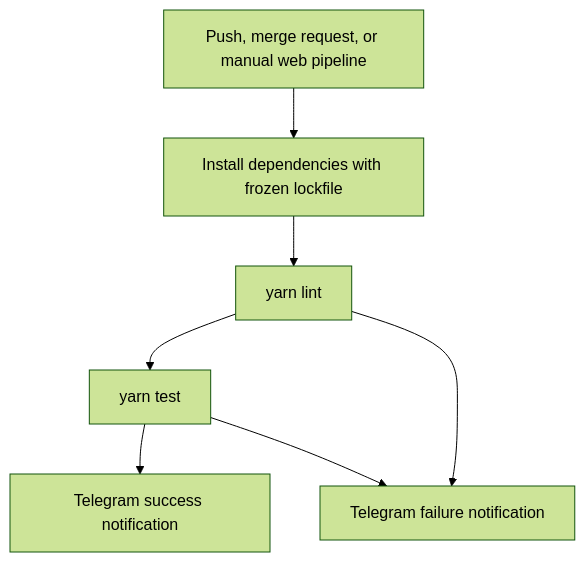
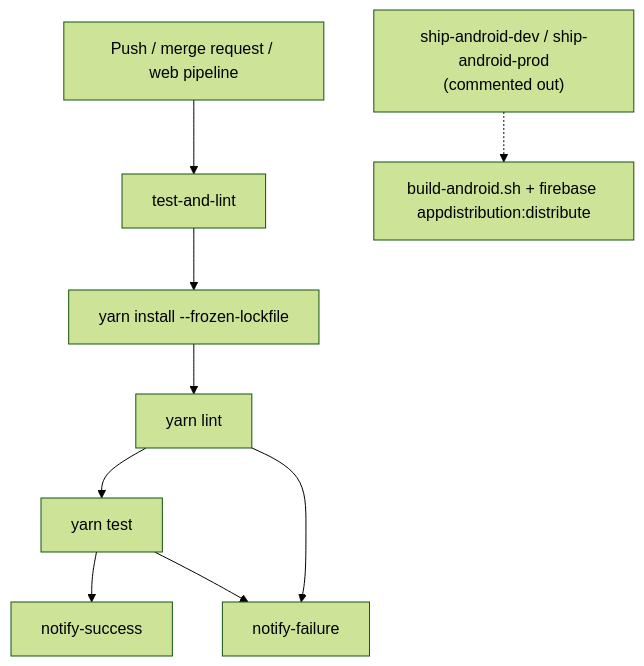
The fourth of 4 diagrams in README.md (ThangTech/ALP-HRM-REACTNATIVE), drawn with Mermaid (forest theme) before and after one commit. The commit also changed other lines of this file, not shown here.

Commit message:
docs: enhance README.md with detailed CI/CD flow, architecture overview, and local build instructions for ALP HRM

````diff
--- a/README.md
+++ b/README.md
@@ -514,9 +515,12 @@
 ```mermaid
 flowchart TD
-  A[Push, merge request, or manual web pipeline] --> B[Install dependencies with frozen lockfile]
-  B --> C[yarn lint]
-  C --> D[yarn test]
-  D --> E[Telegram success notification]
-  C --> F[Telegram failure notification]
-  D --> F
+  A[Push / merge request / web pipeline] --> B[test-and-lint]
+  B --> C[yarn install --frozen-lockfile]
+  C --> D[yarn lint]
+  D --> E[yarn test]
+  E --> F[notify-success]
+  D --> G[notify-failure]
+  E --> G
+
+  H["ship-android-dev / ship-android-prod<br/>(commented out)"] -.-> I["build-android.sh + firebase appdistribution:distribute"]
 ```
````
